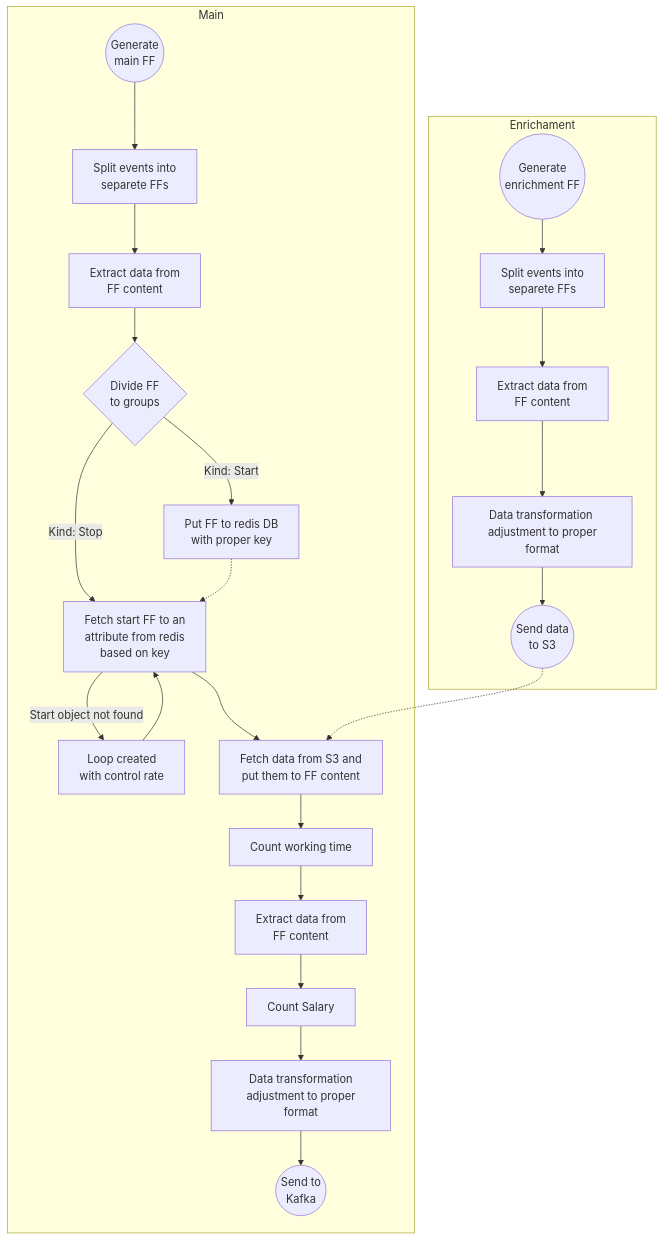
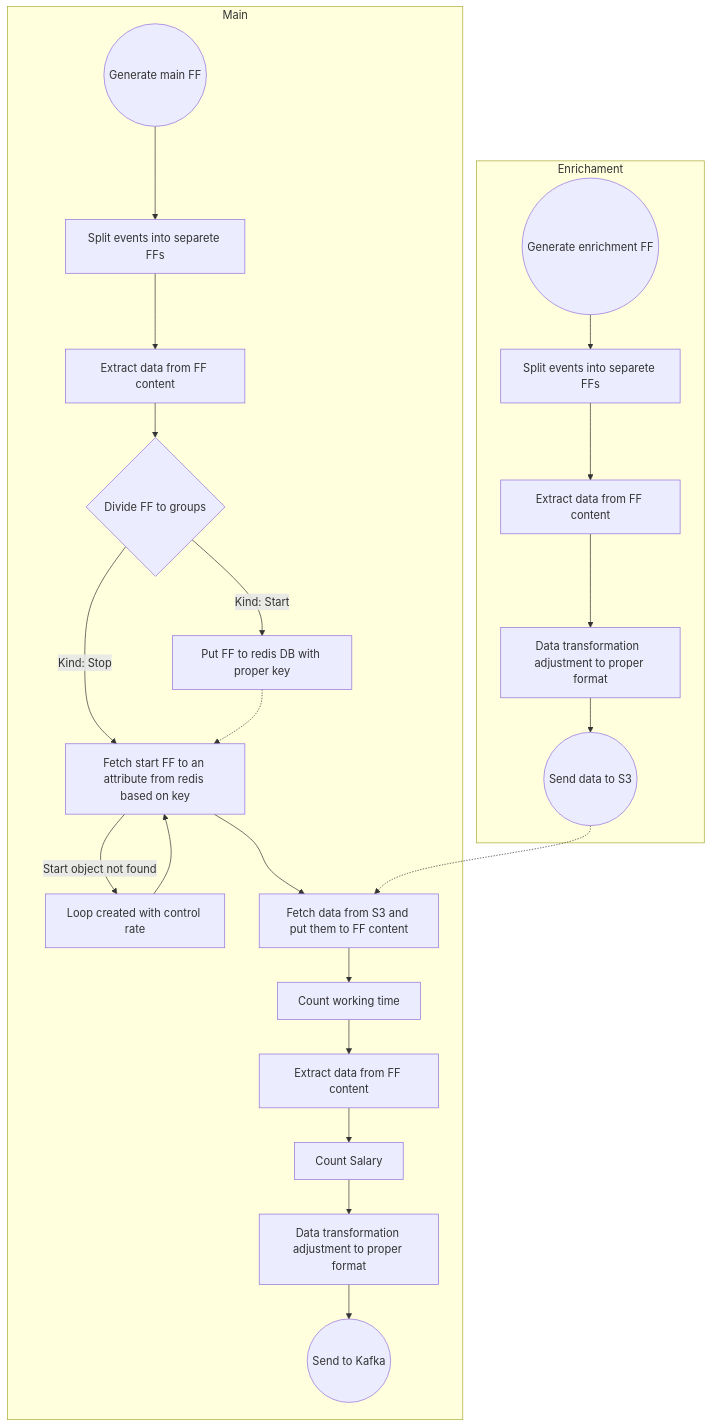
One commit to michal-kocur/NiFi-tutorial changed the diagram in Tasks/task2.md. Above: the diagram before and after it, drawn with Mermaid.

````diff
--- a/Tasks/task2.md
+++ b/Tasks/task2.md
@@ -84,26 +84,26 @@
 ```mermaid
 flowchart TD
 	subgraph Main
-		A((Generate \n main FF)) --> L[Split events into\n separete FFs]
-		L --> N[Extract data from \nFF content]
-		N --> B{Divide FF \n to groups}
-		B -- Kind: Start --> C[Put FF to redis DB\n with proper key]
-		B -- Kind: Stop --> D[Fetch start FF to an \nattribute from redis \n based on key ]
-		D -- Start object not found --> P[Loop created \nwith control rate]
+		A((Generate main FF)) --> L[Split events into separete FFs]
+		L --> N[Extract data from FF content]
+		N --> B{Divide FF to groups}
+		B -- Kind: Start --> C[Put FF to redis DB with proper key]
+		B -- Kind: Stop --> D[Fetch start FF to an attribute from redis based on key ]
+		D -- Start object not found --> P[Loop created with control rate]
 		P --> D
-		D --> F[Fetch data from S3 and \n put them to FF content]
+		D --> F[Fetch data from S3 and put them to FF content]
 		F --> R[Count working time]
-		R --> S[Extract data from \nFF content]
+		R --> S[Extract data from FF content]
 		S --> T[Count Salary]
-		T --> G[Data transformation\n adjustment to proper format]
-		G --> H((Send to\n Kafka))
+		T --> G[Data transformation adjustment to proper format]
+		G --> H((Send to Kafka))
 		C -.-> D
 	end 
 	subgraph Enrichament
-		I((Generate \n enrichment FF)) --> M[Split events into\n separete FFs]
-		M --> O[Extract data from \nFF content]
-		O --> J[Data transformation \n adjustment to proper format]
-		J --> K((Send data\n to S3))
+		I((Generate enrichment FF)) --> M[Split events into separete FFs]
+		M --> O[Extract data from FF content]
+		O --> J[Data transformation  adjustment to proper format]
+		J --> K((Send data to S3))
 		K -.-> F
 	end
 ```
````
